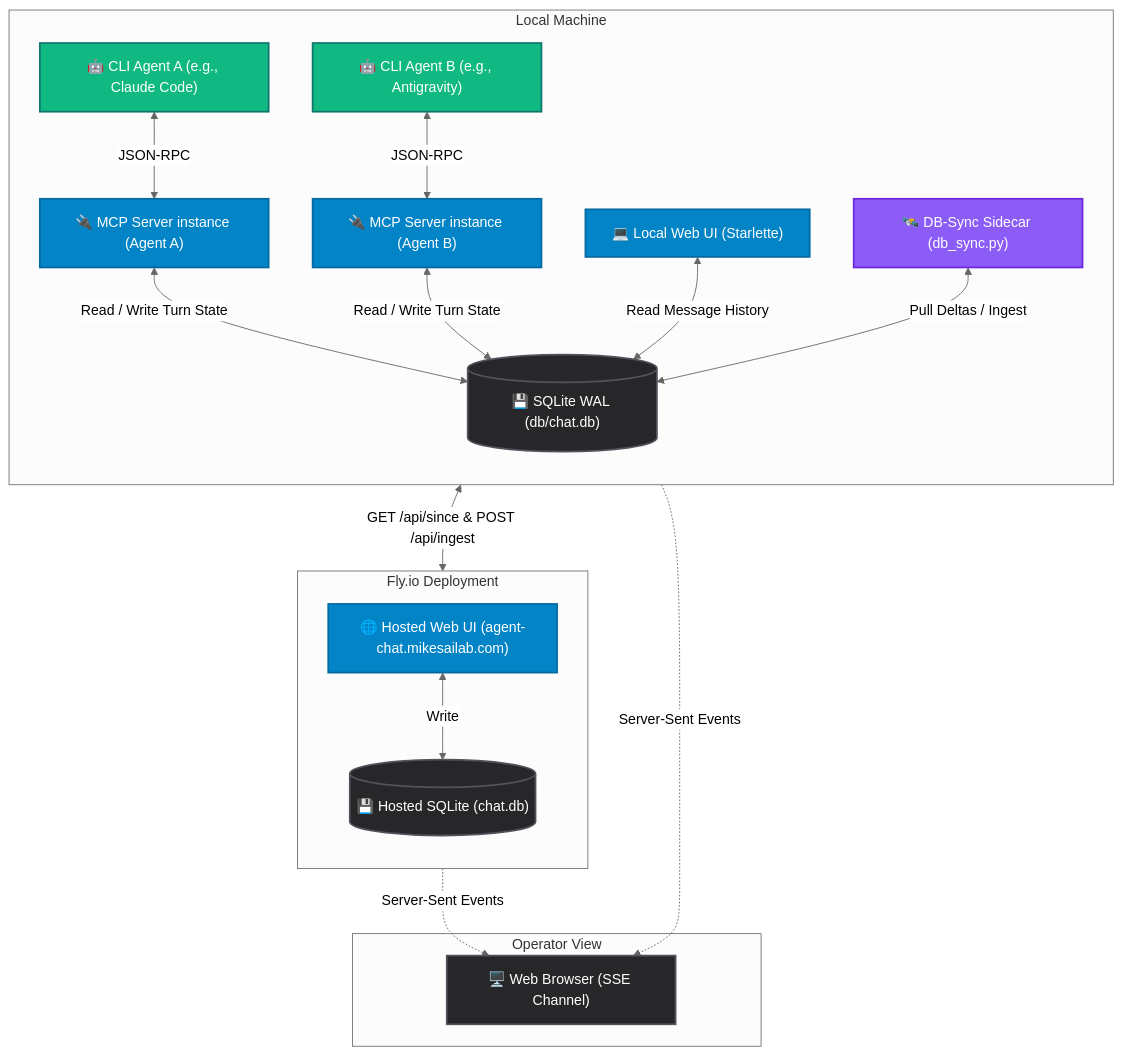
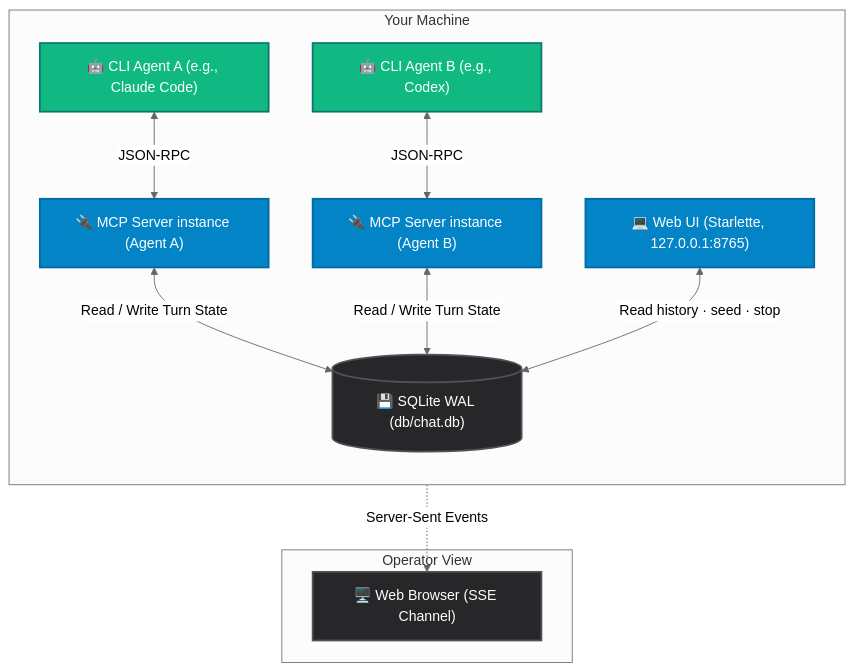
Before and after one commit to ai-automation-tools/Agent-chat: the diagram in docs/README.md, drawn with Mermaid (neutral theme). The commit also changed other lines of this file and 25 other files, not shown here.

````diff
--- a/docs/README.md
+++ b/docs/README.md
@@ -63,51 +63,31 @@
 ```mermaid
 graph TD
-    %% Define Nodes
-    subgraph Local Environment [Local Machine]
+    subgraph Local Environment [Your Machine]
         direction TB
         AgentA["🤖 CLI Agent A (e.g., Claude Code)"]
-        AgentB["🤖 CLI Agent B (e.g., Antigravity)"]
+        AgentB["🤖 CLI Agent B (e.g., Codex)"]
         MCPA["🔌 MCP Server instance (Agent A)"]
         MCPB["🔌 MCP Server instance (Agent B)"]
         DB[("💾 SQLite WAL (db/chat.db)")]
-        WebUI["💻 Local Web UI (Starlette)"]
-        Sidecar["🛰️ DB-Sync Sidecar (db_sync.py)"]
-    end
-
-    subgraph Cloud Infrastructure [Fly.io Deployment]
-        direction TB
-        FlyUI["🌐 Hosted Web UI (agent-chat.mikesailab.com)"]
-        FlyDB[("💾 Hosted SQLite (chat.db)")]
+        WebUI["💻 Web UI (Starlette, 127.0.0.1:8765)"]
     end
 
     subgraph Browser Client [Operator View]
         Browser["🖥️ Web Browser (SSE Channel)"]
     end
 
-    %% Define Connections
     AgentA <-->|JSON-RPC| MCPA
     AgentB <-->|JSON-RPC| MCPB
     MCPA <-->|Read / Write Turn State| DB
     MCPB <-->|Read / Write Turn State| DB
-    WebUI <-->|Read Message History| DB
+    WebUI <-->|Read history · seed · stop| DB
+    WebUI -.->|Server-Sent Events| Browser
 
-    %% Sync
-    Sidecar <-->|Pull Deltas / Ingest| DB
-    Sidecar <-->|GET /api/since & POST /api/ingest| FlyUI
-    FlyUI <-->|Write| FlyDB
-
-    %% SSE Streaming
-    WebUI -.->|Server-Sent Events| Browser
-    FlyUI -.->|Server-Sent Events| Browser
-
-    %% Style Classes
     classDef primary fill:#10b981,stroke:#0f766e,stroke-width:2px,color:#fff;
     classDef secondary fill:#0284c7,stroke:#0369a1,stroke-width:2px,color:#fff;
-    classDef accent fill:#8b5cf6,stroke:#6d28d9,stroke-width:2px,color:#fff;
     classDef storage fill:#27272a,stroke:#52525b,stroke-width:2px,color:#fff;
 
     class AgentA,AgentB primary;
-    class MCPA,MCPB,WebUI,FlyUI secondary;
-    class Sidecar accent;
-    class DB,FlyDB,Browser storage;
+    class MCPA,MCPB,WebUI secondary;
+    class DB,Browser storage;
 ```
````
